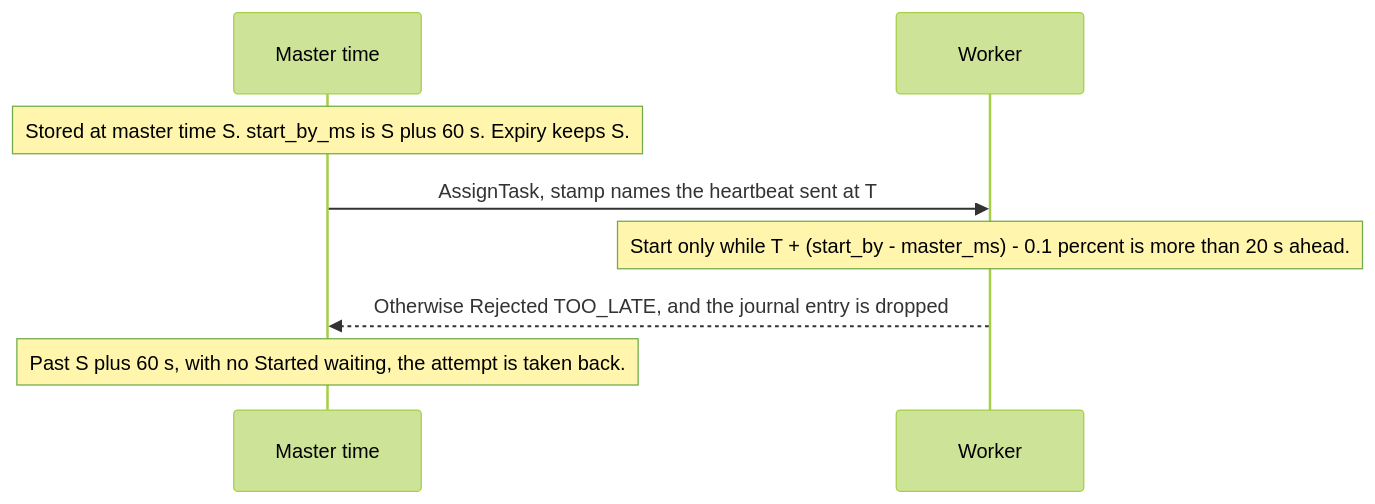
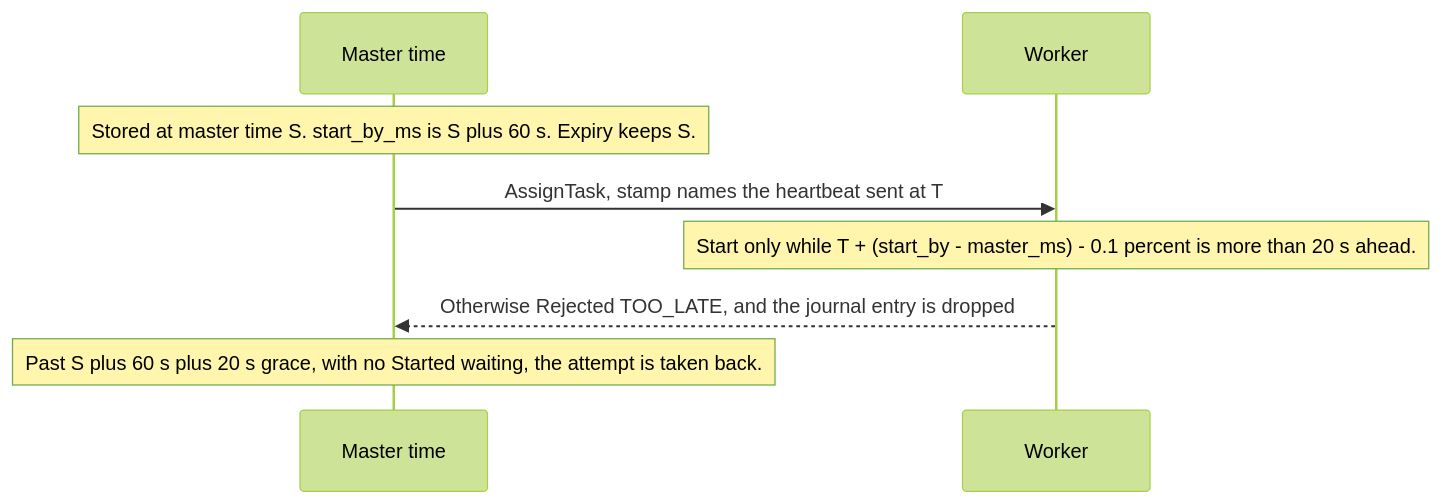
The sixth of 23 diagrams in docs/03-guide/17-master-clock.md (ptutak/schedr), drawn with Mermaid (forest theme) before and after one commit. The commit also changed other lines of this file and 45 other files, not shown here.

````diff
--- a/docs/03-guide/17-master-clock.md
+++ b/docs/03-guide/17-master-clock.md
@@ -100,10 +114,10 @@
 ```{mermaid}
 sequenceDiagram
     participant M as Master time
     participant W as Worker
     Note over M: Stored at master time S. start_by_ms is S plus 60 s. Expiry keeps S.
     M->>W: AssignTask, stamp names the heartbeat sent at T
     Note over W: Start only while T + (start_by - master_ms) - 0.1 percent is more than 20 s ahead.
     W-->>M: Otherwise Rejected TOO_LATE, and the journal entry is dropped
-    Note over M: Past S plus 60 s, with no Started waiting, the attempt is taken back.
+    Note over M: Past S plus 60 s plus 20 s grace, with no Started waiting, the attempt is taken back.
 ```
````
